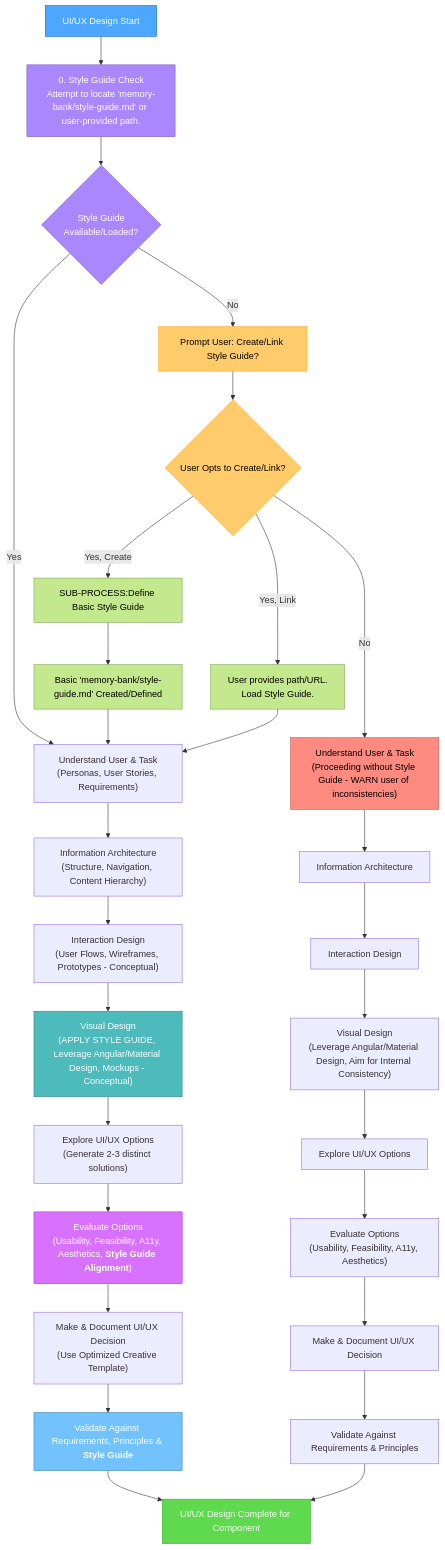
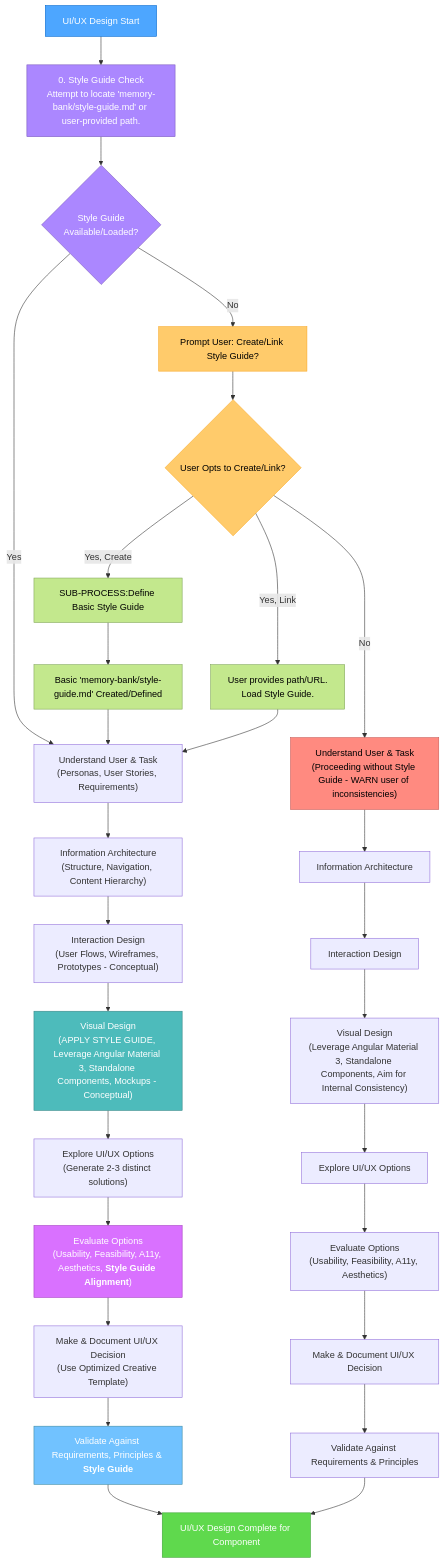
The first of 3 diagrams in .cursor/rules/isolation_rules/Phases/CreativePhase/creative-phase-uiux.mdc (7Spade/cursor-memory-bank), drawn with Mermaid before and after one commit. The commit also changed other lines of this file and 4 other files, not shown here.

````diff
--- a/.cursor/rules/isolation_rules/Phases/CreativePhase/creative-phase-uiux.mdc
+++ b/.cursor/rules/isolation_rules/Phases/CreativePhase/creative-phase-uiux.mdc
@@ -26,49 +26,49 @@
 ```mermaid
 graph TD
     Start["UI/UX Design Start"] --> StyleGuideCheck["0. Style Guide Check<br>Attempt to locate 'memory-bank/style-guide.md' or user-provided path."]
     StyleGuideCheck --> HasStyleGuide{"Style Guide<br>Available/Loaded?"}
 
     HasStyleGuide -- "Yes" --> Understand["Understand User & Task<br>(Personas, User Stories, Requirements)"]
     HasStyleGuide -- "No" --> PromptCreateStyleGuide["Prompt User: Create/Link Style Guide?"]
 
     PromptCreateStyleGuide --> UserResponse{"User Opts to Create/Link?"}
     UserResponse -- "Yes, Create" --> DefineStyleGuideSubProcess["SUB-PROCESS:Define Basic Style Guide"]
     UserResponse -- "Yes, Link" --> LinkStyleGuide["User provides path/URL.<br>Load Style Guide."]
     UserResponse -- "No" --> Understand_NoGuide["Understand User & Task<br>(Proceeding without Style Guide - WARN user of inconsistencies)"]
 
     DefineStyleGuideSubProcess --> StyleGuideCreated["Basic 'memory-bank/style-guide.md' Created/Defined"]
     StyleGuideCreated --> Understand
     LinkStyleGuide --> Understand
     Understand_NoGuide --> InfoArch_NoGuide["Information Architecture"]
 
     Understand --> InfoArch["Information Architecture<br>(Structure, Navigation, Content Hierarchy)"]
     InfoArch --> Interaction["Interaction Design<br>(User Flows, Wireframes, Prototypes - Conceptual)"]
-    Interaction --> VisualDesign["Visual Design<br>(APPLY STYLE GUIDE, Leverage Angular/Material Design, Mockups - Conceptual)"]
+    Interaction --> VisualDesign["Visual Design<br>(APPLY STYLE GUIDE, Leverage Angular Material 3, Standalone Components, Mockups - Conceptual)"]
     VisualDesign --> Options["Explore UI/UX Options<br>(Generate 2-3 distinct solutions)"]
     Options --> Evaluate["Evaluate Options<br>(Usability, Feasibility, A11y, Aesthetics, <b>Style Guide Alignment</b>)"]
     Evaluate --> Decision["Make & Document UI/UX Decision<br>(Use Optimized Creative Template)"]
     Decision --> Validate["Validate Against Requirements, Principles & <b>Style Guide</b>"]
     Validate --> UIUX_Complete["UI/UX Design Complete for Component"]
 
     InfoArch_NoGuide --> Interaction_NoGuide["Interaction Design"]
-    Interaction_NoGuide --> VisualDesign_NoGuide["Visual Design<br>(Leverage Angular/Material Design, Aim for Internal Consistency)"]
+    Interaction_NoGuide --> VisualDesign_NoGuide["Visual Design<br>(Leverage Angular Material 3, Standalone Components, Aim for Internal Consistency)"]
     VisualDesign_NoGuide --> Options_NoGuide["Explore UI/UX Options"]
     Options_NoGuide --> Evaluate_NoGuide["Evaluate Options<br>(Usability, Feasibility, A11y, Aesthetics)"]
     Evaluate_NoGuide --> Decision_NoGuide["Make & Document UI/UX Decision"]
     Decision_NoGuide --> Validate_NoGuide["Validate Against Requirements & Principles"]
     Validate_NoGuide --> UIUX_Complete
 
     style Start fill:#4da6ff,stroke:#0066cc,color:white
     style StyleGuideCheck fill:#ab87ff,stroke:#7d5bbe,color:white
     style HasStyleGuide fill:#ab87ff,stroke:#7d5bbe,color:white
     style PromptCreateStyleGuide fill:#ffcb6b,stroke:#f9a825,color:black
     style UserResponse fill:#ffcb6b,stroke:#f9a825,color:black
     style DefineStyleGuideSubProcess fill:#c3e88d,stroke:#82a75c,color:black
     style LinkStyleGuide fill:#c3e88d,stroke:#82a75c,color:black
     style StyleGuideCreated fill:#c3e88d,stroke:#82a75c,color:black
     style VisualDesign fill:#4dbbbb,stroke:#368787,color:white
     style Evaluate fill:#d971ff,stroke:#a33bc2,color:white
     style Validate fill:#71c2ff,stroke:#3b8aa3,color:white
     style Understand_NoGuide fill:#ff8a80,stroke:#c85a54,color:black
     style UIUX_Complete fill:#5fd94d,stroke:#3da336,color:white
 ```
````
